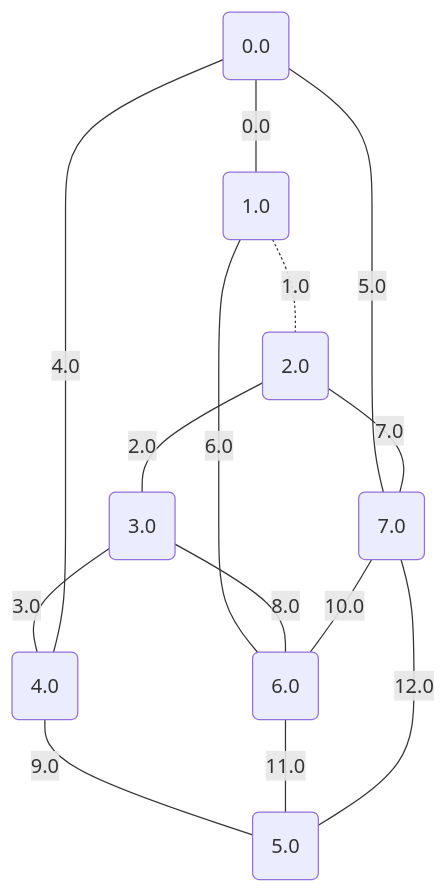
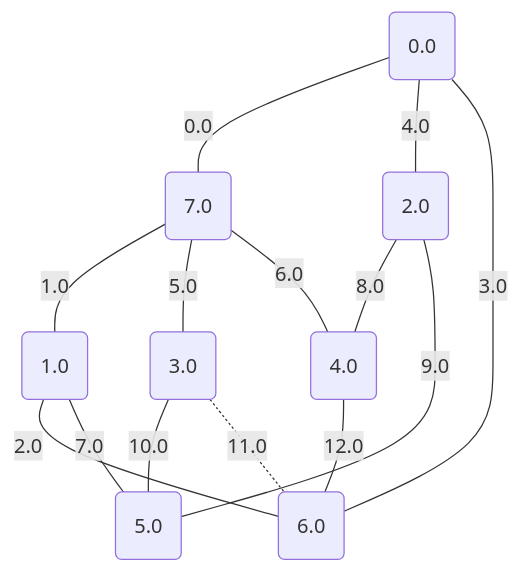
Before and after one commit to metury/graphs: the sixth of 17 diagrams in project/src/testing/showcase/minCutPetersen.md, drawn with Mermaid. The commit also changed other lines of this file and 33 other files, not shown here.

````diff
--- a/project/src/testing/showcase/minCutPetersen.md
+++ b/project/src/testing/showcase/minCutPetersen.md
@@ -164,24 +164,24 @@
 ```mermaid
 graph TD;
 	0("0.0");
 	1("1.0");
 	2("2.0");
 	3("3.0");
 	4("4.0");
 	5("5.0");
 	6("6.0");
 	7("7.0");
-	0 -- "0.0" --- 1;
-	1 -. "1.0" -.- 2;
-	2 -- "2.0" --- 3;
-	3 -- "3.0" --- 4;
-	4 -- "4.0" --- 0;
-	0 -- "5.0" --- 7;
-	1 -- "6.0" --- 6;
-	2 -- "7.0" --- 7;
-	3 -- "8.0" --- 6;
-	4 -- "9.0" --- 5;
-	7 -- "10.0" --- 6;
-	6 -- "11.0" --- 5;
-	7 -- "12.0" --- 5;
+	0 -- "0.0" --- 7;
+	7 -- "1.0" --- 1;
+	1 -- "2.0" --- 6;
+	6 -- "3.0" --- 0;
+	0 -- "4.0" --- 2;
+	7 -- "5.0" --- 3;
+	7 -- "6.0" --- 4;
+	1 -- "7.0" --- 5;
+	2 -- "8.0" --- 4;
+	2 -- "9.0" --- 5;
+	3 -- "10.0" --- 5;
+	3 -. "11.0" -.- 6;
+	4 -- "12.0" --- 6;
 ```
````
